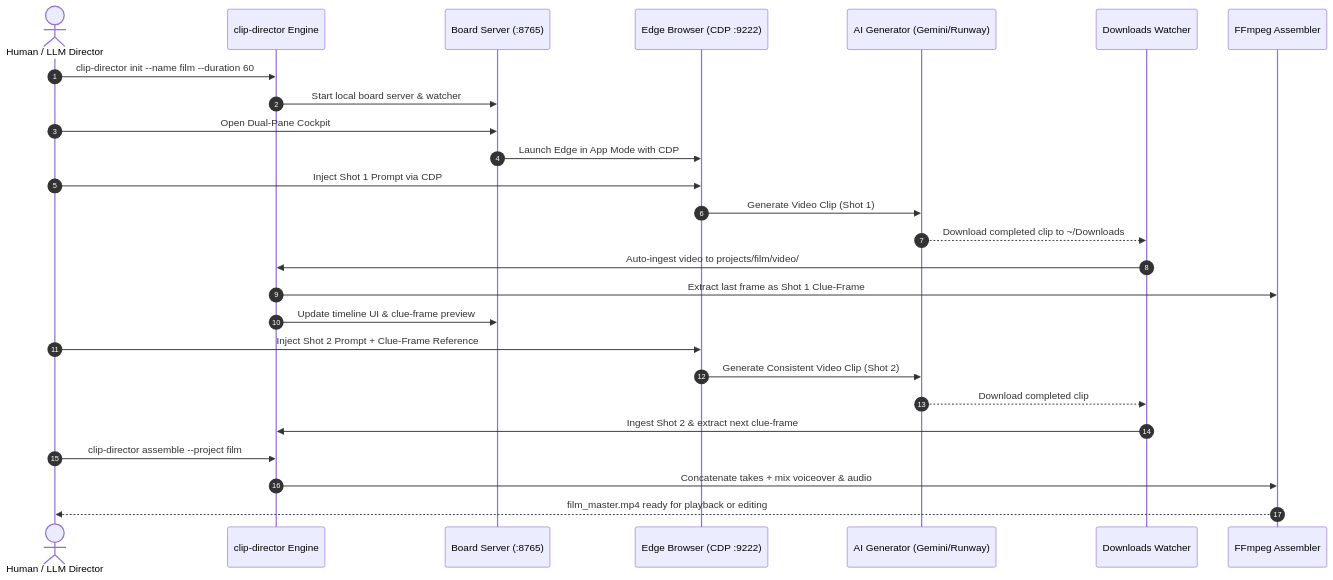
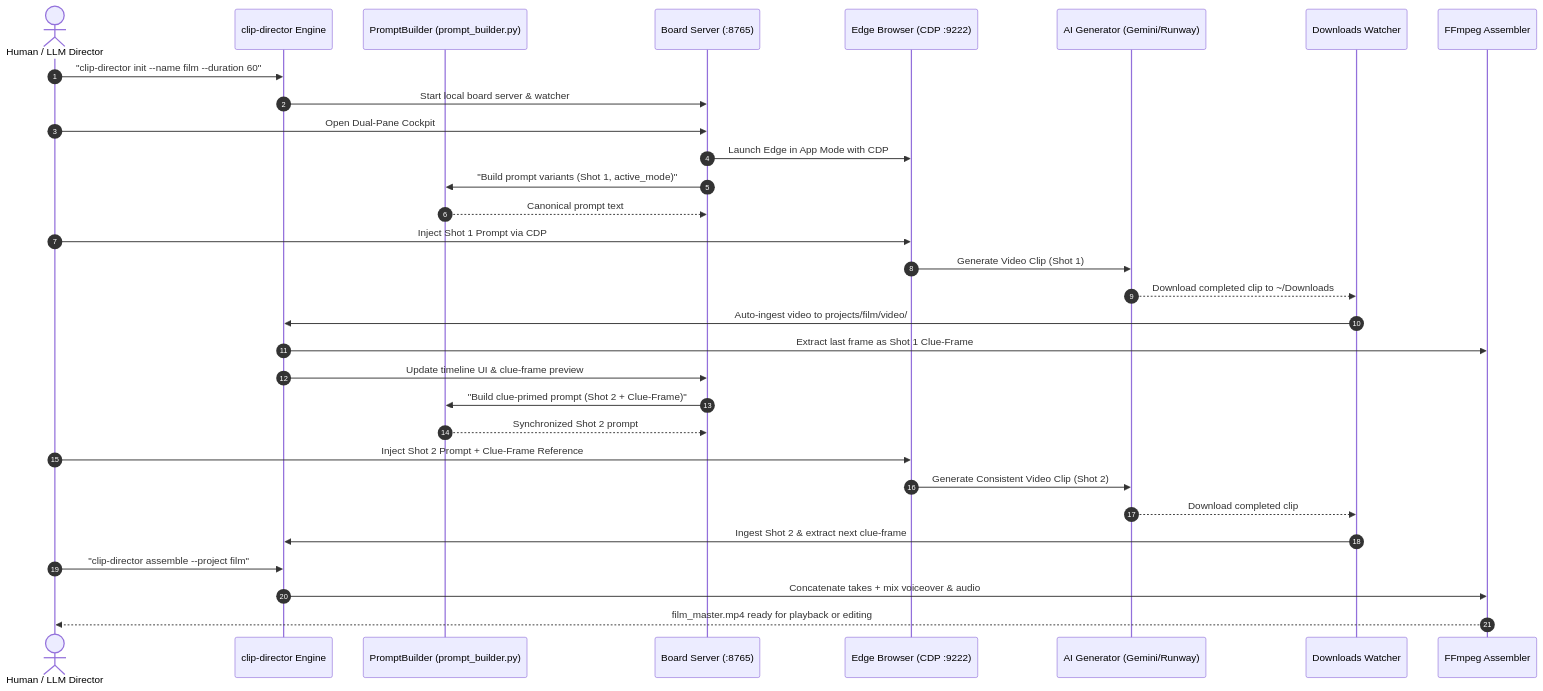
The second of 2 diagrams in README.md (ellmos-ai/clip-storyboard-director), drawn with Mermaid before and after one commit. The commit also changed other lines of this file and 6 other files, not shown here.

Commit message:
feat(marketing): Cockpit UI architecture, single-source prompt engine & discoverability

````diff
--- a/README.md
+++ b/README.md
@@ -280,29 +317,34 @@
 ```mermaid
 sequenceDiagram
     autonumber
     actor Director as Human / LLM Director
     participant Engine as clip-director Engine
+    participant Builder as PromptBuilder (prompt_builder.py)
     participant Server as Board Server (:8765)
     participant Edge as Edge Browser (CDP :9222)
     participant AI as AI Generator (Gemini/Runway)
     participant Watcher as Downloads Watcher
     participant FFmpeg as FFmpeg Assembler
 
-    Director->>Engine: clip-director init --name film --duration 60
+    Director->>Engine: "clip-director init --name film --duration 60"
     Engine->>Server: Start local board server & watcher
     Director->>Server: Open Dual-Pane Cockpit
     Server->>Edge: Launch Edge in App Mode with CDP
+    Server->>Builder: "Build prompt variants (Shot 1, active_mode)"
+    Builder-->>Server: Canonical prompt text
     Director->>Edge: Inject Shot 1 Prompt via CDP
     Edge->>AI: Generate Video Clip (Shot 1)
     AI-->>Watcher: Download completed clip to ~/Downloads
     Watcher->>Engine: Auto-ingest video to projects/film/video/
     Engine->>FFmpeg: Extract last frame as Shot 1 Clue-Frame
     Engine->>Server: Update timeline UI & clue-frame preview
+    Server->>Builder: "Build clue-primed prompt (Shot 2 + Clue-Frame)"
+    Builder-->>Server: Synchronized Shot 2 prompt
     Director->>Edge: Inject Shot 2 Prompt + Clue-Frame Reference
     Edge->>AI: Generate Consistent Video Clip (Shot 2)
     AI-->>Watcher: Download completed clip
     Watcher->>Engine: Ingest Shot 2 & extract next clue-frame
-    Director->>Engine: clip-director assemble --project film
+    Director->>Engine: "clip-director assemble --project film"
     Engine->>FFmpeg: Concatenate takes + mix voiceover & audio
     FFmpeg-->>Director: film_master.mp4 ready for playback or editing
 ```
````
